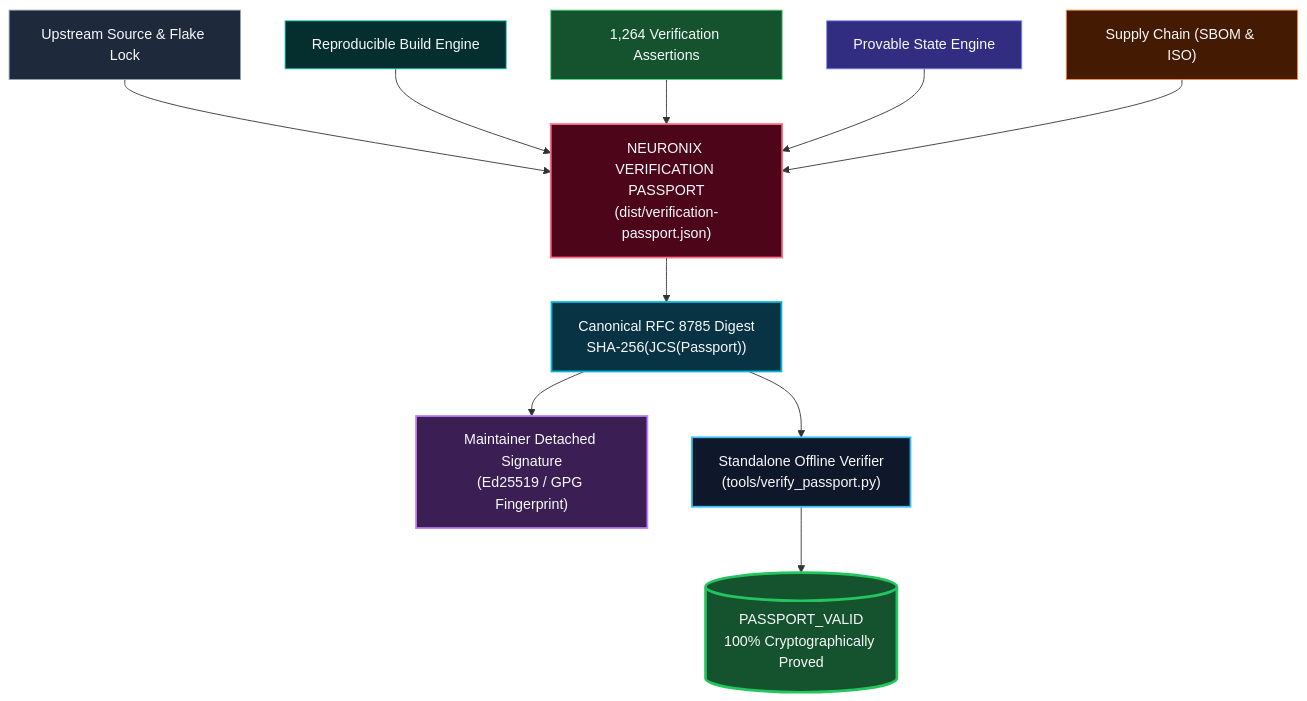
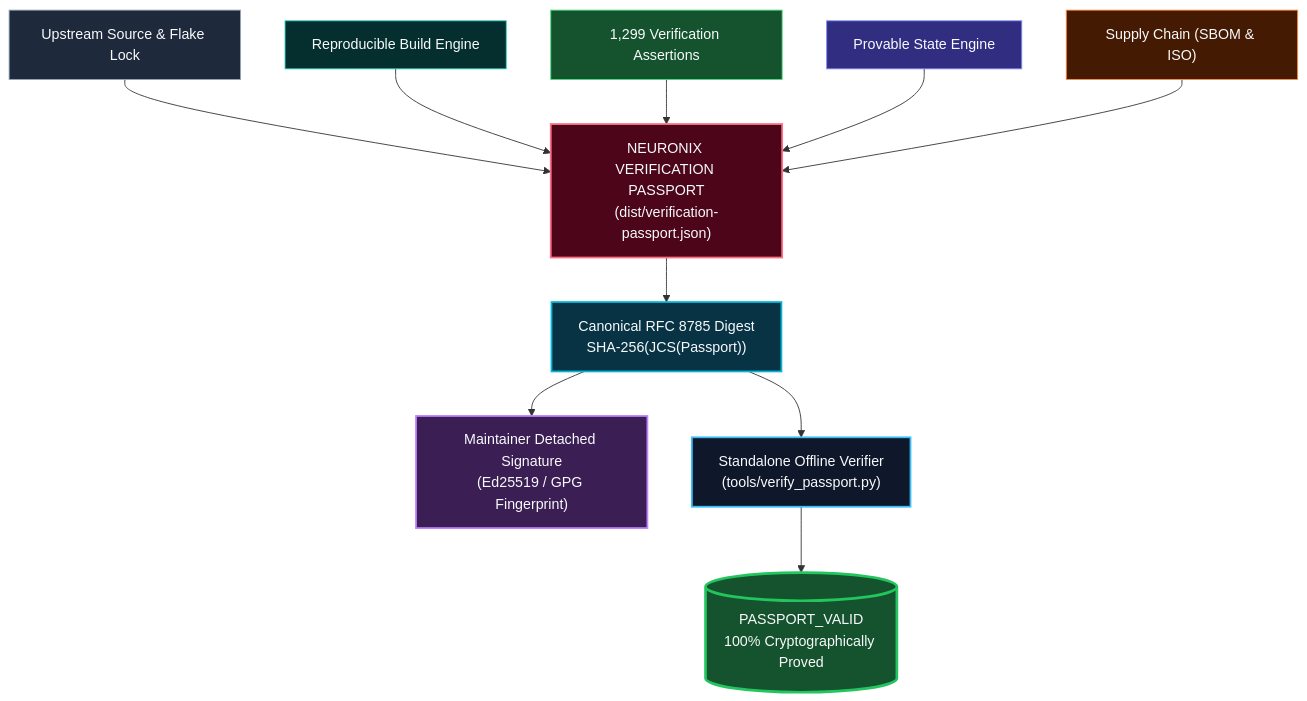
The diagram in docs/specifications/13_verification_passport_specification.md (adamriofc/NeuronixOS), drawn with Mermaid before and after one commit. The commit also changed other lines of this file and 30 other files, not shown here.

````diff
--- a/docs/specifications/13_verification_passport_specification.md
+++ b/docs/specifications/13_verification_passport_specification.md
@@ -32,31 +32,31 @@
 ```mermaid
 flowchart TD
     SOURCE["Upstream Source & Flake Lock"]:::sourceNode
     BUILD["Reproducible Build Engine"]:::buildNode
-    TESTS["1,264 Verification Assertions"]:::testNode
+    TESTS["1,299 Verification Assertions"]:::testNode
     ENGINE["Provable State Engine"]:::stateNode
     SUPPLY["Supply Chain (SBOM & ISO)"]:::supplyNode
 
     SOURCE --> PASSPORT["NEURONIX VERIFICATION PASSPORT<br>(dist/verification-passport.json)"]:::passportNode
     BUILD --> PASSPORT
     TESTS --> PASSPORT
     ENGINE --> PASSPORT
     SUPPLY --> PASSPORT
 
     PASSPORT --> DIGEST["Canonical RFC 8785 Digest<br>SHA-256(JCS(Passport))"]:::digestNode
     DIGEST --> SIG["Maintainer Detached Signature<br>(Ed25519 / GPG Fingerprint)"]:::sigNode
     DIGEST --> VERIFIER["Standalone Offline Verifier<br>(tools/verify_passport.py)"]:::verifierNode
 
     VERIFIER --> RESULT[("PASSPORT_VALID<br>100% Cryptographically Proved")]:::resultNode
 
     classDef sourceNode fill:#1e293b,stroke:#94a3b8,stroke-width:1px,color:#f8fafc;
     classDef buildNode fill:#042f2e,stroke:#2dd4bf,stroke-width:1px,color:#f8fafc;
     classDef testNode fill:#14532d,stroke:#4ade80,stroke-width:1px,color:#f8fafc;
     classDef stateNode fill:#312e81,stroke:#818cf8,stroke-width:1px,color:#f8fafc;
     classDef supplyNode fill:#451a03,stroke:#fb923c,stroke-width:1px,color:#f8fafc;
     classDef passportNode fill:#4c0519,stroke:#fb7185,stroke-width:2px,color:#f8fafc;
     classDef digestNode fill:#083344,stroke:#06b6d4,stroke-width:2px,color:#f8fafc;
     classDef sigNode fill:#3b1e54,stroke:#c084fc,stroke-width:2px,color:#f8fafc;
     classDef verifierNode fill:#0f172a,stroke:#38bdf8,stroke-width:2px,color:#f8fafc;
     classDef resultNode fill:#14532d,stroke:#22c55e,stroke-width:3px,color:#f8fafc;
 ```
````
